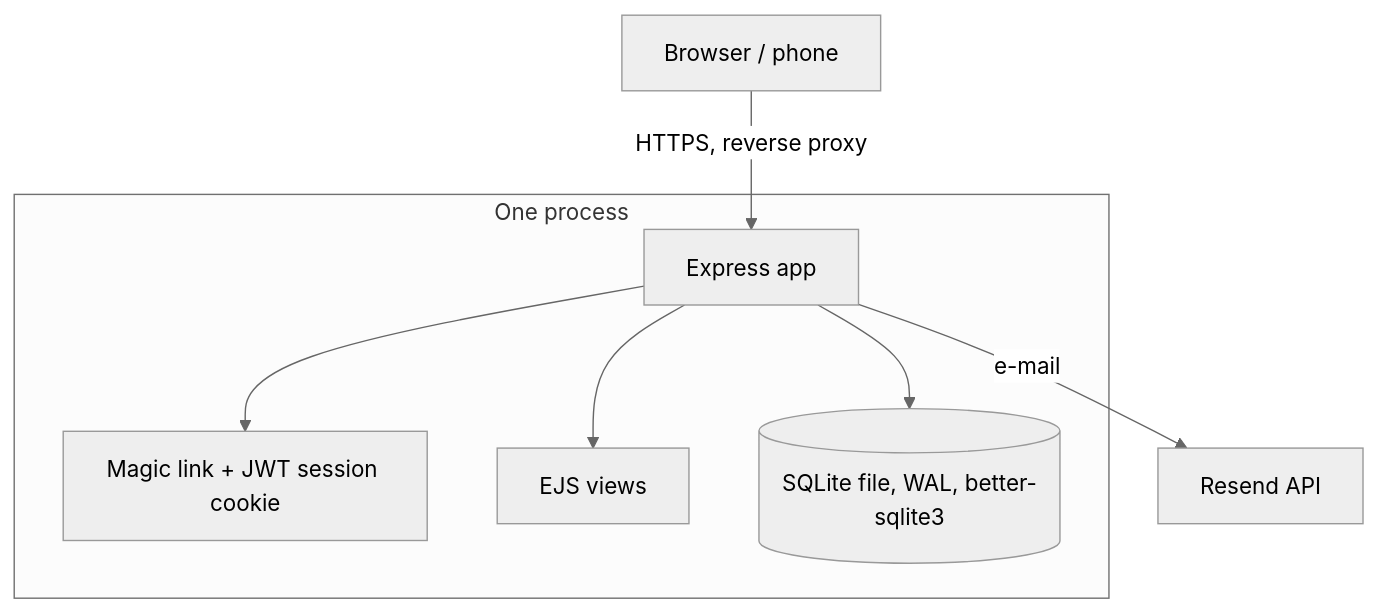
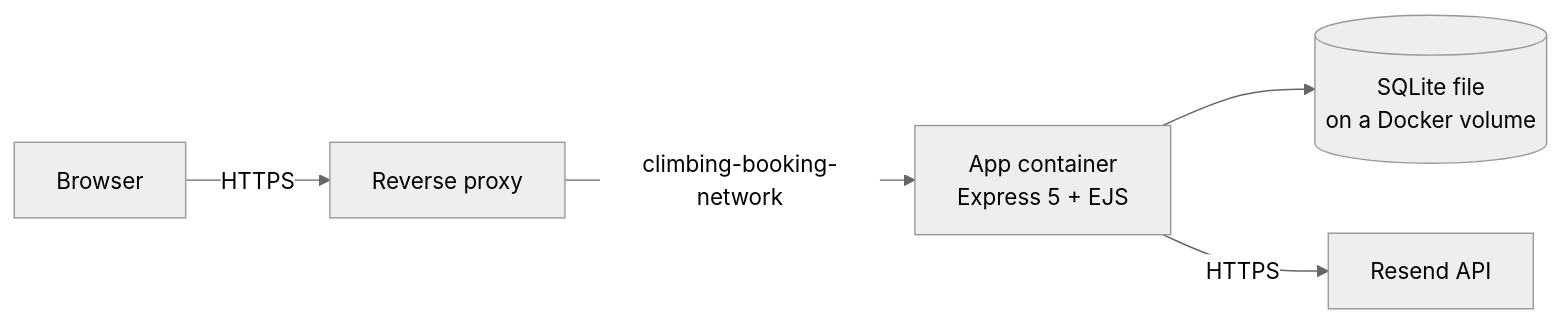
One commit to prod-explore/climbing-booking changed the diagram in README.md. Above: the diagram before and after it, drawn with Mermaid (neutral theme). The commit also changed other lines of this file and 2 other files, not shown here.

Commit message:
docs(readme): rewrite the README from the code; add booking rules and deployment pages

````diff
--- a/README.md
+++ b/README.md
@@ -22,11 +63,7 @@
 ```mermaid
-graph TD
-    Client[Browser / phone] -->|HTTPS, reverse proxy| Node[Express app]
-
-    subgraph One process
-        Node --> Auth[Magic link + JWT session cookie]
-        Node --> Views[EJS views]
-        Node --> DB[(SQLite file, WAL, better-sqlite3)]
-    end
-    Node -->|e-mail| Email[Resend API]
+flowchart LR
+    B[Browser] -->|HTTPS| P[Reverse proxy]
+    P -->|climbing-booking-network| A["App container<br/>Express 5 + EJS"]
+    A --> D[("SQLite file<br/>on a Docker volume")]
+    A -->|HTTPS| R[Resend API]
 ```
````
